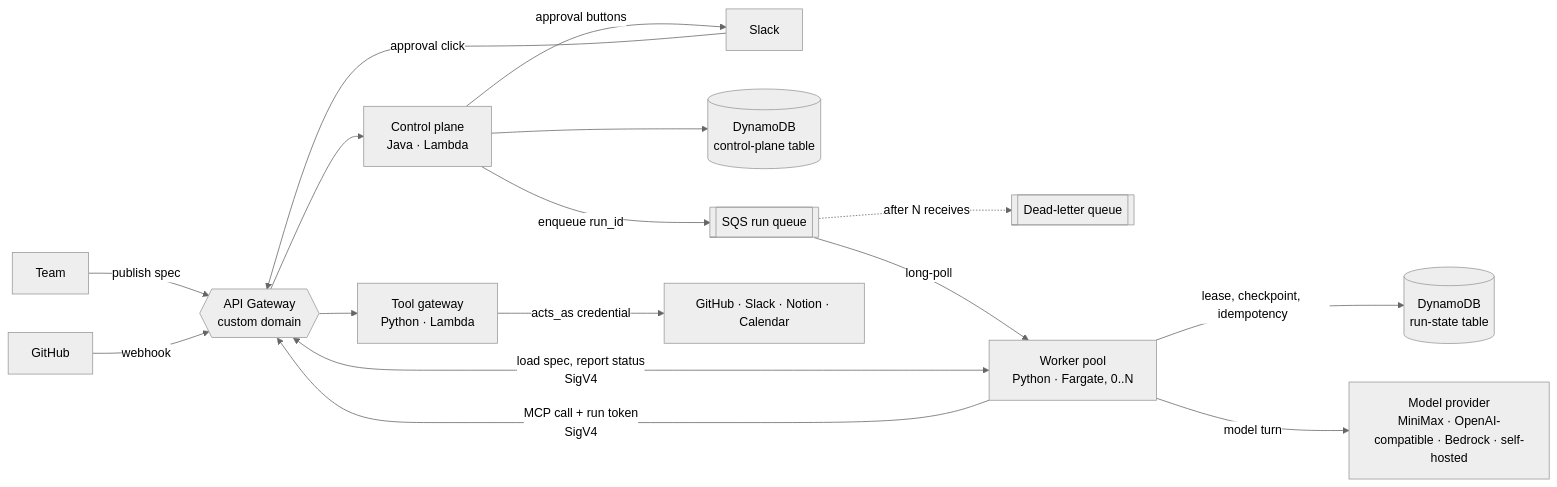
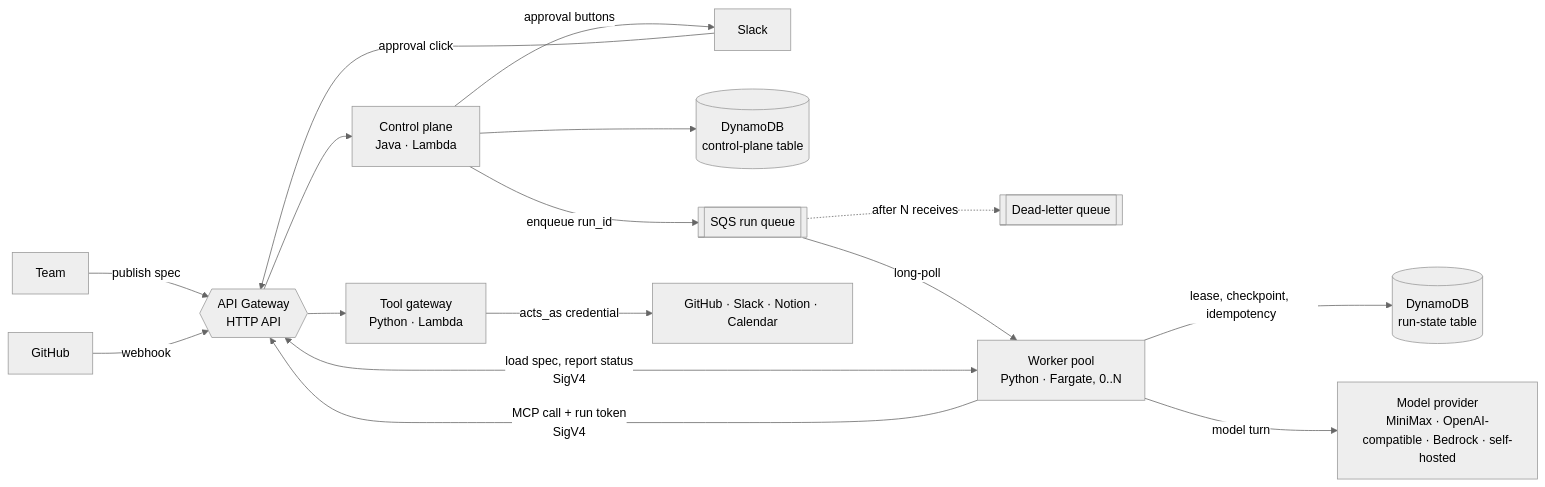
Before and after one commit to yuchia329/agent-builder-runtime-platform: the first of 2 diagrams in docs/architecture.md, drawn with Mermaid (neutral theme). The commit also changed other lines of this file and 20 other files, not shown here.

First line of the commit message:
Infra: dev compute (Lambdas, HTTP API, Fargate workers scaled 0..N) (M6)

````diff
--- a/docs/architecture.md
+++ b/docs/architecture.md
@@ -8,18 +8,18 @@
 ```mermaid
 flowchart LR
   team[Team] -->|publish spec| API
   gh[GitHub] -->|webhook| API
   slack[Slack] -->|approval click| API
-  API{{API Gateway<br/>custom domain}} --> CP
+  API{{API Gateway<br/>HTTP API}} --> CP
   CP[Control plane<br/>Java · Lambda] --> CPDB[(DynamoDB<br/>control-plane table)]
   CP -->|approval buttons| slack
   CP -->|enqueue run_id| Q[[SQS run queue]]
   Q -.->|after N receives| DLQ[[Dead-letter queue]]
   Q -->|long-poll| W[Worker pool<br/>Python · Fargate, 0..N]
   W <-->|load spec, report status<br/>SigV4| API
   W -->|lease, checkpoint, idempotency| DDB[(DynamoDB<br/>run-state table)]
   W -->|model turn| BR[Model provider<br/>MiniMax · OpenAI-compatible · Bedrock · self-hosted]
   W -->|MCP call + run token<br/>SigV4| API
   API --> GW[Tool gateway<br/>Python · Lambda]
   GW -->|acts_as credential| EXT[GitHub · Slack · Notion · Calendar]
 ```
````
